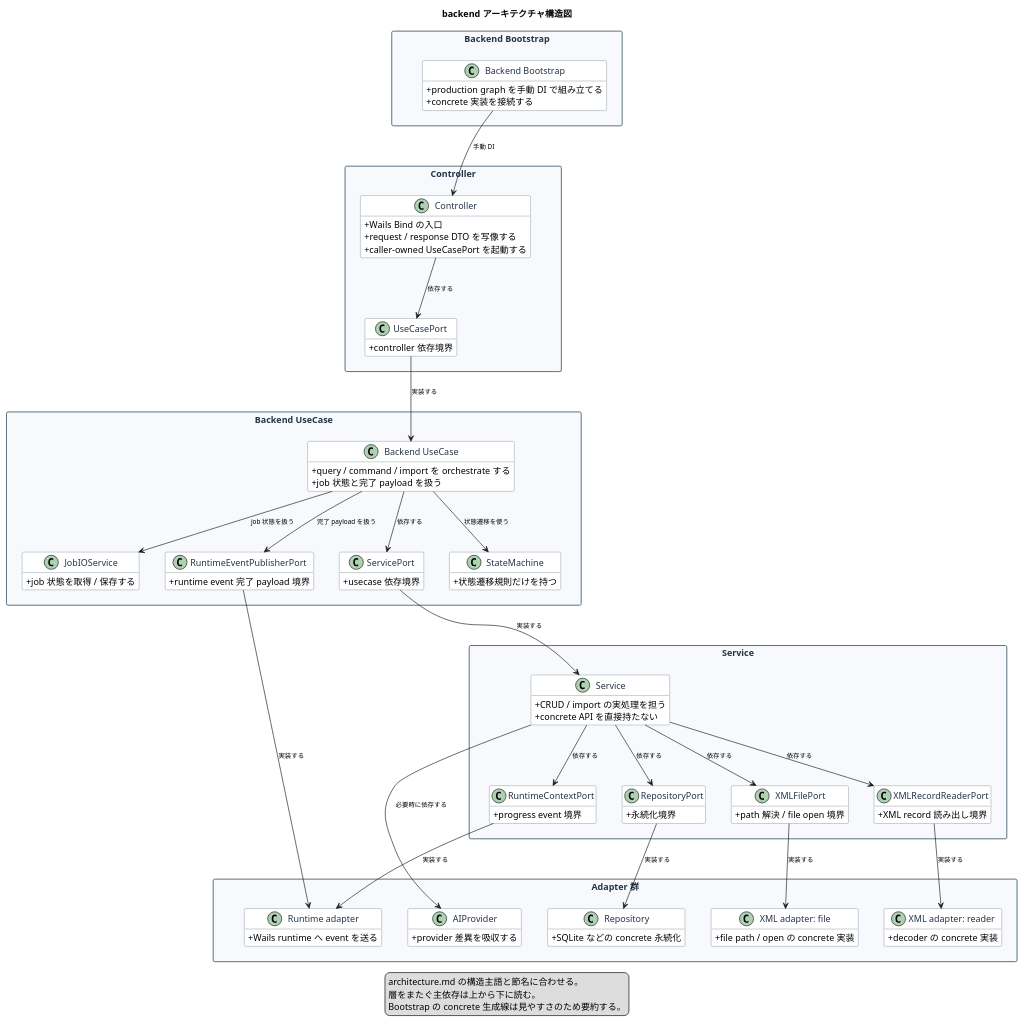
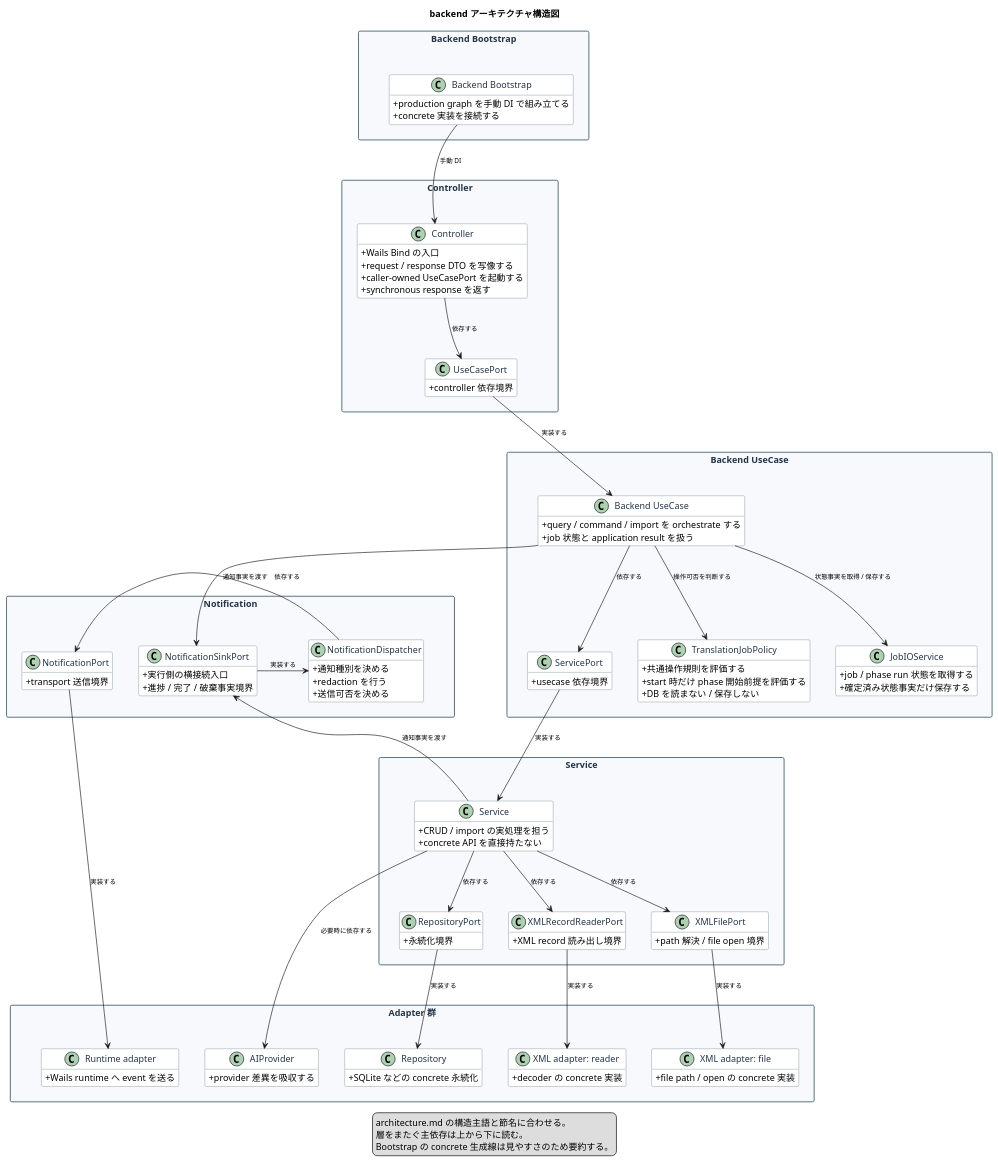
One commit to ishibata91/AITranslationEngineJP changed the diagram in docs/diagrams/backend/backend-architecture.puml. Above: the diagram before and after it, drawn with PlantUML. The commit also changed 84 other files, not shown here.

```diff
--- a/docs/diagrams/backend/backend-architecture.puml
+++ b/docs/diagrams/backend/backend-architecture.puml
@@ -1,166 +1,184 @@
 @startuml
 
 title backend アーキテクチャ構造図
 
 top to bottom direction
 hide methods
 skinparam classAttributeIconSize 0
 skinparam packageStyle rectangle
 skinparam nodesep 40
 skinparam ranksep 80
 skinparam ArrowFontSize 10
 
 skinparam package {
     BackgroundColor #f7f9fc
     BorderColor #546e7a
     FontColor #243447
 }
 skinparam class {
     BackgroundColor #ffffff
     BorderColor #546e7a
     FontColor #243447
 }
 
 package "Backend Bootstrap" as BootstrapLayer {
     class "Backend Bootstrap" as BackendBootstrap {
         + production graph を手動 DI で組み立てる
         + concrete 実装を接続する
     }
 }
 
 package "Controller" as TransportLayer {
     class "Controller" as Controller {
         + Wails Bind の入口
         + request / response DTO を写像する
         + caller-owned UseCasePort を起動する
+        + synchronous response を返す
     }
 
     class "UseCasePort" as UseCasePort {
         + controller 依存境界
     }
 
     Controller -[hidden]down-> UseCasePort
 }
 
 package "Backend UseCase" as ApplicationLayer {
     class "Backend UseCase" as BackendUseCase {
         + query / command / import を orchestrate する
-        + job 状態と完了 payload を扱う
+        + job 状態と application result を扱う
     }
 
     class "ServicePort" as ServicePort {
         + usecase 依存境界
     }
 
-    class "RuntimeEventPublisherPort" as RuntimeEventPublisherPort {
-        + runtime event 完了 payload 境界
-    }
-
-    class "StateMachine" as StateMachine {
-        + 状態遷移規則だけを持つ
+    class "TranslationJobPolicy" as TranslationJobPolicy {
+        + 共通操作規則を評価する
+        + start 時だけ phase 開始前提を評価する
+        + DB を読まない / 保存しない
     }
 
     class "JobIOService" as JobIOService {
-        + job 状態を取得 / 保存する
+        + job / phase run 状態を取得する
+        + 確定済み状態事実だけ保存する
     }
 
     BackendUseCase -[hidden]down-> ServicePort
-    ServicePort -[hidden]right-> RuntimeEventPublisherPort
-    RuntimeEventPublisherPort -[hidden]right-> StateMachine
-    StateMachine -[hidden]right-> JobIOService
+    ServicePort -[hidden]right-> TranslationJobPolicy
+    TranslationJobPolicy -[hidden]right-> JobIOService
+}
+
+package "Notification" as NotificationLayer {
+    class "NotificationSinkPort" as NotificationSinkPort {
+        + 実行側の横接続入口
+        + 進捗 / 完了 / 破棄事実境界
+    }
+
+    class "NotificationDispatcher" as NotificationDispatcher {
+        + 通知種別を決める
+        + redaction を行う
+        + 送信可否を決める
+    }
+
+    class "NotificationPort" as NotificationPort {
+        + transport 送信境界
+    }
+
+    NotificationSinkPort -[hidden]right-> NotificationDispatcher
+    NotificationDispatcher -[hidden]right-> NotificationPort
 }
 
 package "Service" as ServiceLayer {
     class "Service" as Service {
         + CRUD / import の実処理を担う
         + concrete API を直接持たない
     }
 
     class "RepositoryPort" as RepositoryPort {
         + 永続化境界
     }
 
     class "XMLFilePort" as XmlFilePort {
         + path 解決 / file open 境界
     }
 
     class "XMLRecordReaderPort" as XmlRecordReaderPort {
         + XML record 読み出し境界
     }
 
-    class "RuntimeContextPort" as RuntimeContextPort {
-        + progress event 境界
-    }
-
     RepositoryPort -[hidden]right-> XmlFilePort
     XmlFilePort -[hidden]right-> XmlRecordReaderPort
-    XmlRecordReaderPort -[hidden]right-> RuntimeContextPort
 }
 
 package "Adapter 群" as AdapterLayer {
     class "Repository" as RepositoryAdapter {
         + SQLite などの concrete 永続化
     }
 
     class "XML adapter: file" as XmlFileAdapter {
         + file path / open の concrete 実装
     }
 
     class "XML adapter: reader" as XmlReaderAdapter {
         + decoder の concrete 実装
     }
 
     class "Runtime adapter" as RuntimeAdapter {
         + Wails runtime へ event を送る
     }
 
     class "AIProvider" as AiProvider {
         + provider 差異を吸収する
     }
 
     RepositoryAdapter -[hidden]right-> XmlFileAdapter
     XmlFileAdapter -[hidden]right-> XmlReaderAdapter
     XmlReaderAdapter -[hidden]right-> RuntimeAdapter
     RuntimeAdapter -[hidden]right-> AiProvider
 }
 
 BackendBootstrap --> Controller : 手動 DI
 
 Controller --> UseCasePort : 依存する
 UseCasePort --> BackendUseCase : 実装する
 
 BackendUseCase --> ServicePort : 依存する
 ServicePort --> Service : 実装する
-BackendUseCase --> StateMachine : 状態遷移を使う
-BackendUseCase --> JobIOService : job 状態を扱う
-BackendUseCase --> RuntimeEventPublisherPort : 完了 payload を扱う
+BackendUseCase --> TranslationJobPolicy : 操作可否を判断する
+BackendUseCase --> JobIOService : 状態事実を取得 / 保存する
+BackendUseCase --> NotificationSinkPort : 通知事実を渡す
 
 Service --> RepositoryPort : 依存する
 Service --> XmlFilePort : 依存する
 Service --> XmlRecordReaderPort : 依存する
-Service --> RuntimeContextPort : 依存する
+Service --> NotificationSinkPort : 通知事実を渡す
 Service --> AiProvider : 必要時に依存する
+
+NotificationSinkPort --> NotificationDispatcher : 実装する
+NotificationDispatcher --> NotificationPort : 依存する
 
 RepositoryPort --> RepositoryAdapter : 実装する
 XmlFilePort --> XmlFileAdapter : 実装する
 XmlRecordReaderPort --> XmlReaderAdapter : 実装する
-RuntimeContextPort --> RuntimeAdapter : 実装する
-RuntimeEventPublisherPort --> RuntimeAdapter : 実装する
+NotificationPort --> RuntimeAdapter : 実装する
 
 BootstrapLayer -[hidden]down-> TransportLayer
 TransportLayer -[hidden]down-> ApplicationLayer
-ApplicationLayer -[hidden]down-> ServiceLayer
+ApplicationLayer -[hidden]down-> NotificationLayer
+NotificationLayer -[hidden]down-> ServiceLayer
 ServiceLayer -[hidden]down-> AdapterLayer
 
 BackendBootstrap -[hidden]down-> Controller
 Controller -[hidden]down-> BackendUseCase
+BackendUseCase -[hidden]down-> NotificationSinkPort
 BackendUseCase -[hidden]down-> Service
 Service -[hidden]down-> RepositoryAdapter
 
 legend bottom
     architecture.md の構造主語と節名に合わせる。
     層をまたぐ主依存は上から下に読む。
     Bootstrap の concrete 生成線は見やすさのため要約する。
 endlegend
 
 @enduml
```
